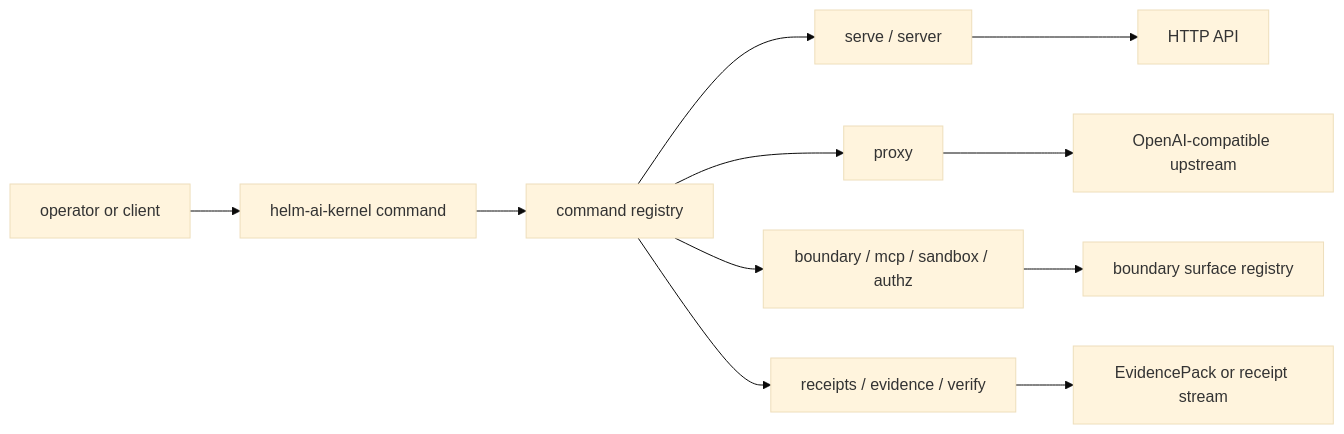
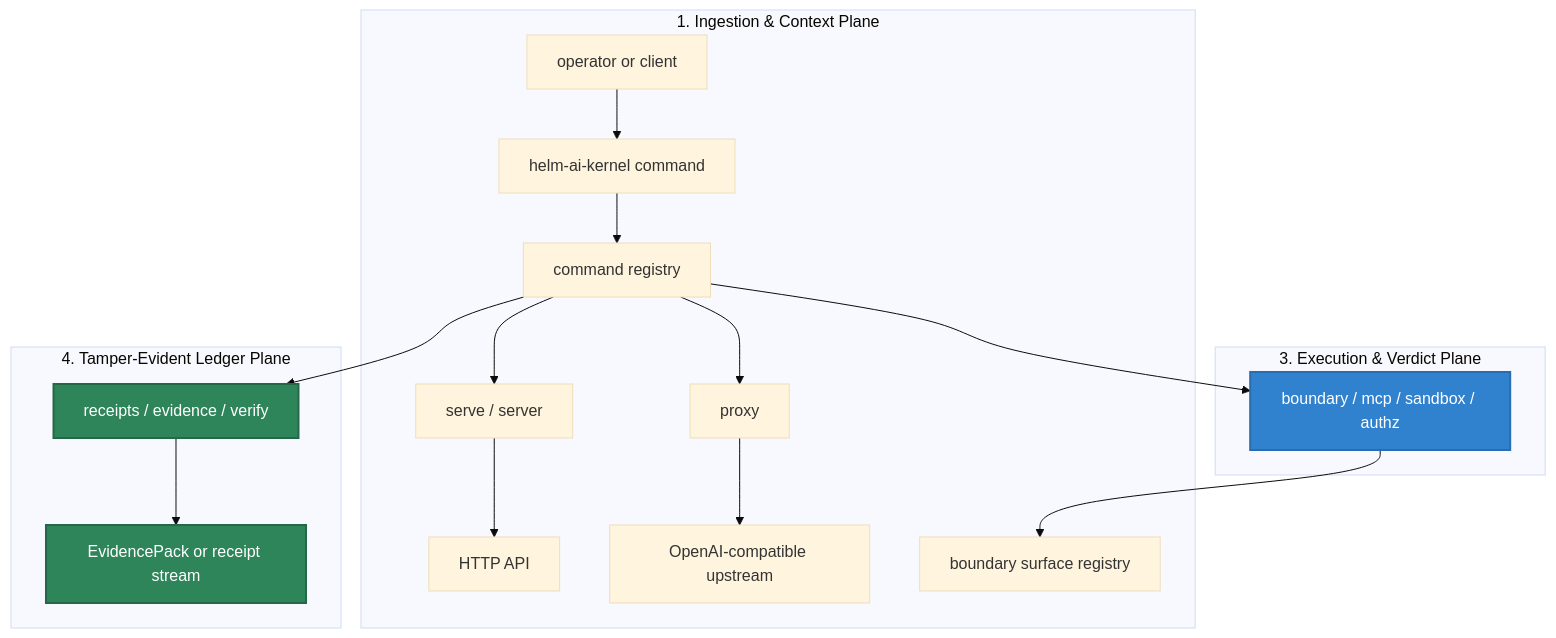
Before and after one commit to Mindburn-Labs/helm-ai-kernel: the diagram in docs/reference/cli.md, drawn with Mermaid (base theme). The commit also changed other lines of this file and 330 other files, not shown here.

Commit message:
feat: prepare kernel launchpad production surface

````diff
--- a/docs/reference/cli.md
+++ b/docs/reference/cli.md
@@ -24,13 +24,39 @@
 ```mermaid
-flowchart LR
-  User["operator or client"] --> CLI["helm-ai-kernel command"]
-  CLI --> Registry["command registry"]
-  Registry --> Server["serve / server"]
-  Registry --> Proxy["proxy"]
-  Registry --> Boundary["boundary / mcp / sandbox / authz"]
-  Registry --> Evidence["receipts / evidence / verify"]
-  Server --> API["HTTP API"]
-  Proxy --> Upstream["OpenAI-compatible upstream"]
-  Boundary --> State["boundary surface registry"]
-  Evidence --> Pack["EvidencePack or receipt stream"]
+flowchart TD
+    subgraph Ingestion["1. Ingestion & Context Plane"]
+        User["operator or client"]
+        CLI["helm-ai-kernel command"]
+        Registry["command registry"]
+        Server["serve / server"]
+        Proxy["proxy"]
+        API["HTTP API"]
+        Upstream["OpenAI-compatible upstream"]
+        State["boundary surface registry"]
+    end
+
+    subgraph Execution["3. Execution & Verdict Plane"]
+        Boundary["boundary / mcp / sandbox / authz"]
+    end
+
+    subgraph Ledger["4. Tamper-Evident Ledger Plane"]
+        Evidence["receipts / evidence / verify"]
+        Pack["EvidencePack or receipt stream"]
+    end
+
+    %% Operational Flow Edges
+    User --> CLI
+    CLI --> Registry
+    Registry --> Server
+    Registry --> Proxy
+    Registry --> Boundary
+    Registry --> Evidence
+    Server --> API
+    Proxy --> Upstream
+    Boundary --> State
+    Evidence --> Pack
+
+    %% Premium Styling Rules
+    style Boundary fill:#3182ce,stroke:#2b6cb0,stroke-width:2px,color:#fff
+    style Evidence fill:#2f855a,stroke:#276749,stroke-width:2px,color:#fff
+    style Pack fill:#2f855a,stroke:#276749,stroke-width:2px,color:#fff
 ```
````
